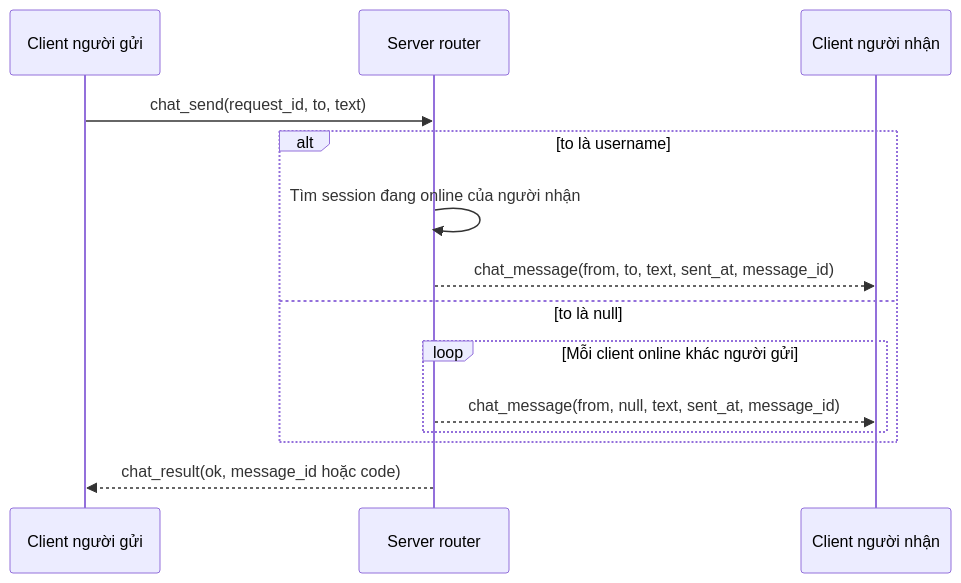
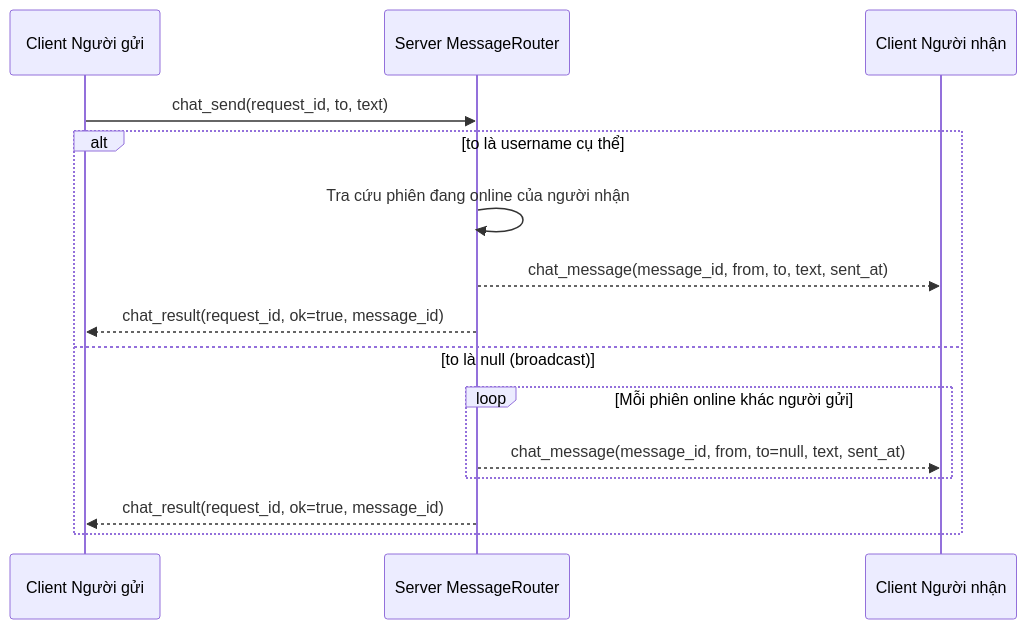
The third of 6 diagrams in docs/sequence-diagrams.md (TrungTran1209/distributed-client-server-app), drawn with Mermaid before and after one commit. The commit also changed other lines of this file and 9 other files, not shown here.

Commit message:
docs: complete Member 3 protocol, security, diagrams, and technical report PDF

````diff
--- a/docs/sequence-diagrams.md
+++ b/docs/sequence-diagrams.md
@@ -54,16 +64,18 @@
 ```mermaid
 sequenceDiagram
-    participant A as Client người gửi
-    participant S as Server router
-    participant B as Client người nhận
+    participant A as Client Người gửi
+    participant S as Server MessageRouter
+    participant B as Client Người nhận
+
     A->>S: chat_send(request_id, to, text)
-    alt to là username
-        S->>S: Tìm session đang online của người nhận
-        S-->>B: chat_message(from, to, text, sent_at, message_id)
-    else to là null
-        loop Mỗi client online khác người gửi
-            S-->>B: chat_message(from, null, text, sent_at, message_id)
+    alt to là username cụ thể
+        S->>S: Tra cứu phiên đang online của người nhận
+        S-->>B: chat_message(message_id, from, to, text, sent_at)
+        S-->>A: chat_result(request_id, ok=true, message_id)
+    else to là null (broadcast)
+        loop Mỗi phiên online khác người gửi
+            S-->>B: chat_message(message_id, from, to=null, text, sent_at)
         end
+        S-->>A: chat_result(request_id, ok=true, message_id)
     end
-    S-->>A: chat_result(ok, message_id hoặc code)
 ```
````
